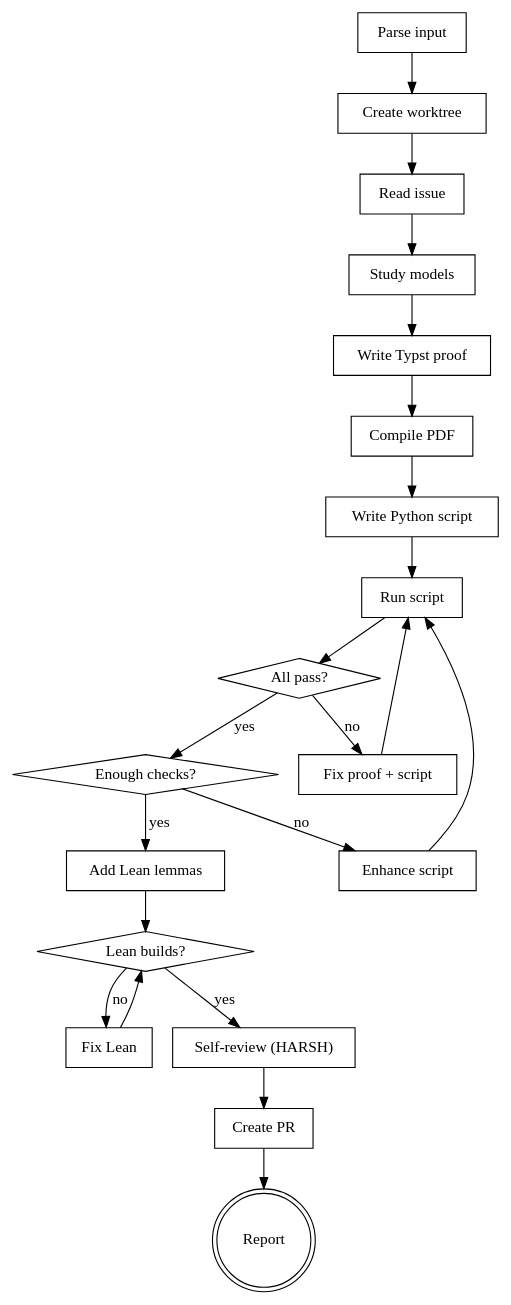
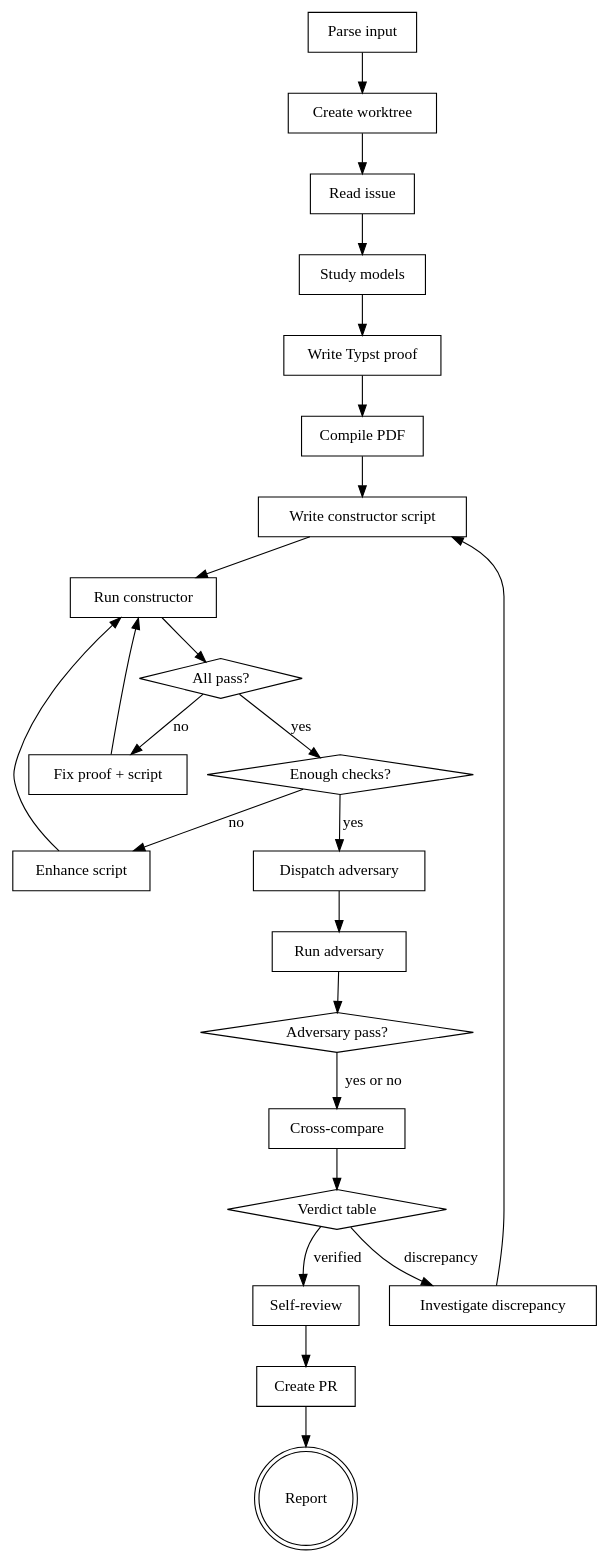
One commit to CodingThrust/problem-reductions changed the diagram in .claude/skills/verify-reduction/SKILL.md. Above: the diagram before and after it, drawn with Graphviz. The commit also changed other lines of this file and 1 other file, not shown here.

````diff
--- a/.claude/skills/verify-reduction/SKILL.md
+++ b/.claude/skills/verify-reduction/SKILL.md
@@ -27,44 +27,50 @@
 ```dot
 digraph verify {
     rankdir=TB;
     "Parse input" [shape=box];
     "Create worktree" [shape=box];
     "Read issue" [shape=box];
     "Study models" [shape=box];
     "Write Typst proof" [shape=box];
     "Compile PDF" [shape=box];
-    "Write Python script" [shape=box];
-    "Run script" [shape=box];
+    "Write constructor script" [shape=box];
+    "Run constructor" [shape=box];
     "All pass?" [shape=diamond];
     "Fix proof + script" [shape=box];
     "Enough checks?" [shape=diamond];
     "Enhance script" [shape=box];
-    "Add Lean lemmas" [shape=box];
-    "Lean builds?" [shape=diamond];
-    "Fix Lean" [shape=box];
-    "Self-review (HARSH)" [shape=box];
+    "Dispatch adversary" [shape=box];
+    "Run adversary" [shape=box];
+    "Adversary pass?" [shape=diamond];
+    "Cross-compare" [shape=box];
+    "Verdict table" [shape=diamond];
+    "Investigate discrepancy" [shape=box];
+    "Self-review" [shape=box];
     "Create PR" [shape=box];
     "Report" [shape=doublecircle];
 
     "Parse input" -> "Create worktree";
     "Create worktree" -> "Read issue";
     "Read issue" -> "Study models";
     "Study models" -> "Write Typst proof";
     "Write Typst proof" -> "Compile PDF";
-    "Compile PDF" -> "Write Python script";
-    "Write Python script" -> "Run script";
-    "Run script" -> "All pass?";
+    "Compile PDF" -> "Write constructor script";
+    "Write constructor script" -> "Run constructor";
+    "Run constructor" -> "All pass?";
     "All pass?" -> "Enough checks?" [label="yes"];
     "All pass?" -> "Fix proof + script" [label="no"];
-    "Fix proof + script" -> "Run script";
-    "Enough checks?" -> "Add Lean lemmas" [label="yes"];
+    "Fix proof + script" -> "Run constructor";
+    "Enough checks?" -> "Dispatch adversary" [label="yes"];
     "Enough checks?" -> "Enhance script" [label="no"];
-    "Enhance script" -> "Run script";
-    "Add Lean lemmas" -> "Lean builds?";
-    "Lean builds?" -> "Self-review (HARSH)" [label="yes"];
-    "Lean builds?" -> "Fix Lean" [label="no"];
-    "Fix Lean" -> "Lean builds?";
-    "Self-review (HARSH)" -> "Create PR";
+    "Enhance script" -> "Run constructor";
+    "Dispatch adversary" -> "Run adversary";
+    "Run adversary" -> "Adversary pass?";
+    "Adversary pass?" -> "Cross-compare" [label="yes or no"];
+    "Cross-compare" -> "Verdict table";
+    "Verdict table" -> "Self-review" [label="verified"];
+    "Verdict table" -> "Investigate discrepancy" [label="discrepancy"];
+    "Investigate discrepancy" -> "Write constructor script";
+    "Self-review" -> "Create PR";
     "Create PR" -> "Report";
 }
 ```
````
